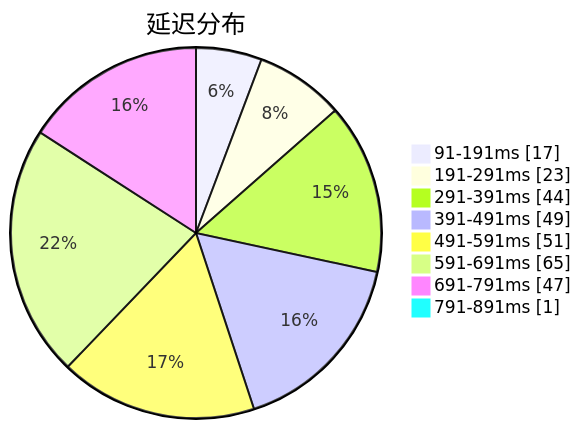
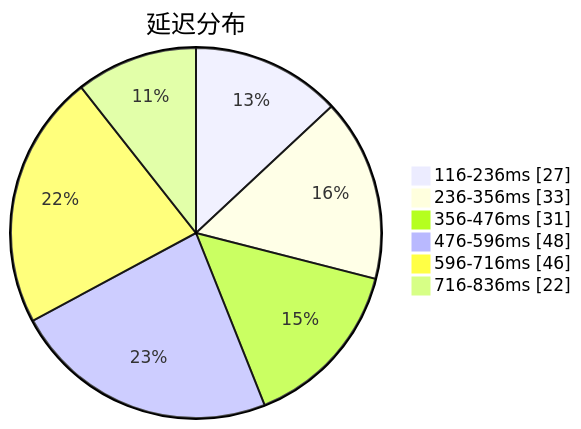
Before and after one commit to sinspired/airport: the first of 3 diagrams in subs/statistics/tested_within.md, drawn with Mermaid. The commit also changed other lines of this file and 2 other files, not shown here.

````diff
--- a/subs/statistics/tested_within.md
+++ b/subs/statistics/tested_within.md
@@ -2,12 +2,10 @@
 ```mermaid
 pie showData
 title 延迟分布
-"91-191ms" : 17
-"191-291ms" : 23
-"291-391ms" : 44
-"391-491ms" : 49
-"491-591ms" : 51
-"591-691ms" : 65
-"691-791ms" : 47
-"791-891ms" : 1
+"116-236ms" : 27
+"236-356ms" : 33
+"356-476ms" : 31
+"476-596ms" : 48
+"596-716ms" : 46
+"716-836ms" : 22
 ```
````
